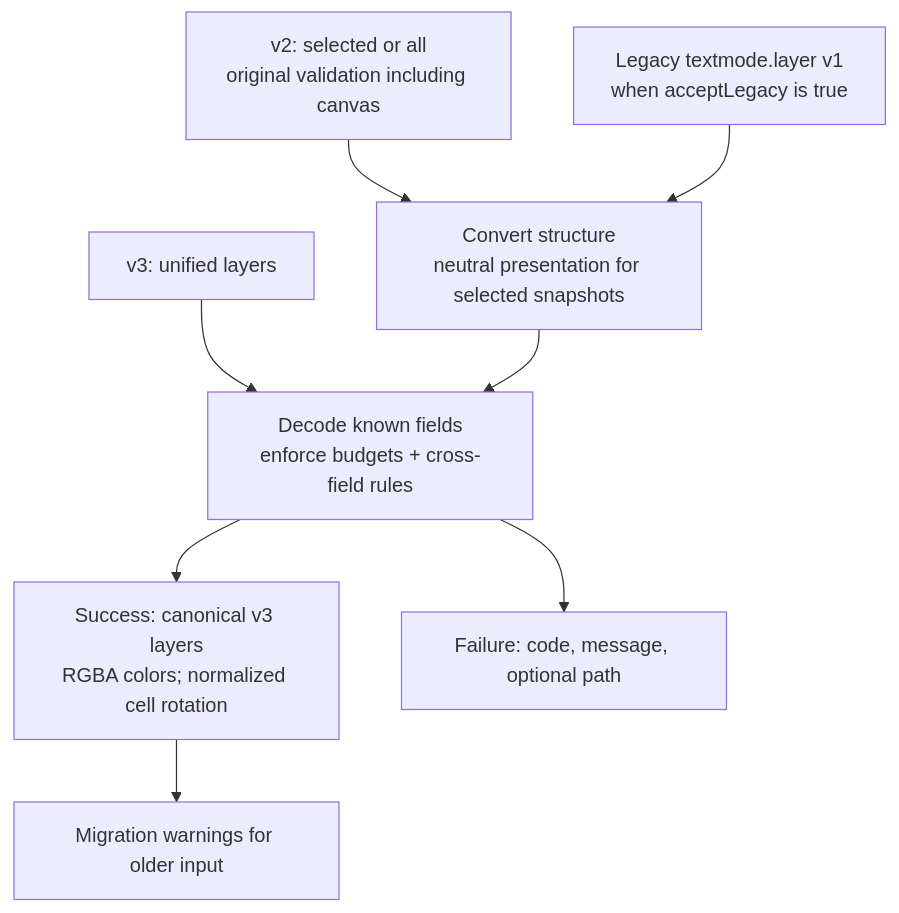
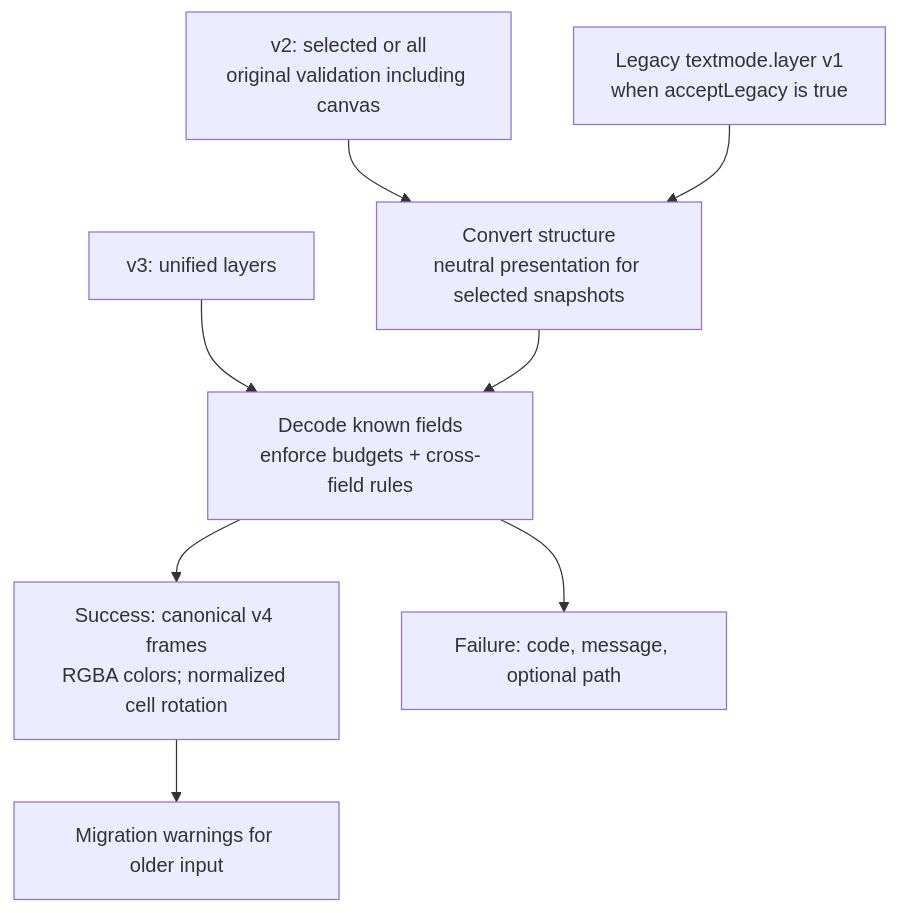
The sixth of 6 diagrams in docs/schema-3.0.md (humanbydefinition/textmode-document), drawn with Mermaid before and after one commit. The commit also changed other lines of this file and 17 other files, not shown here.

````diff
--- a/docs/schema-3.0.md
+++ b/docs/schema-3.0.md
@@ -102,10 +103,10 @@
 ```mermaid
 flowchart TD
     V3["v3: unified layers"] --> Decoder["Decode known fields<br/>enforce budgets + cross-field rules"]
     V2["v2: selected or all<br/>original validation including canvas"] --> Migration["Convert structure<br/>neutral presentation for selected snapshots"]
     V1["Legacy textmode.layer v1<br/>when acceptLegacy is true"] --> Migration
     Migration --> Decoder
-    Decoder --> Success["Success: canonical v3 layers<br/>RGBA colors; normalized cell rotation"]
+    Decoder --> Success["Success: canonical v4 frames<br/>RGBA colors; normalized cell rotation"]
     Decoder --> Failure["Failure: code, message, optional path"]
     Success --> Warnings["Migration warnings for older input"]
 ```
````
